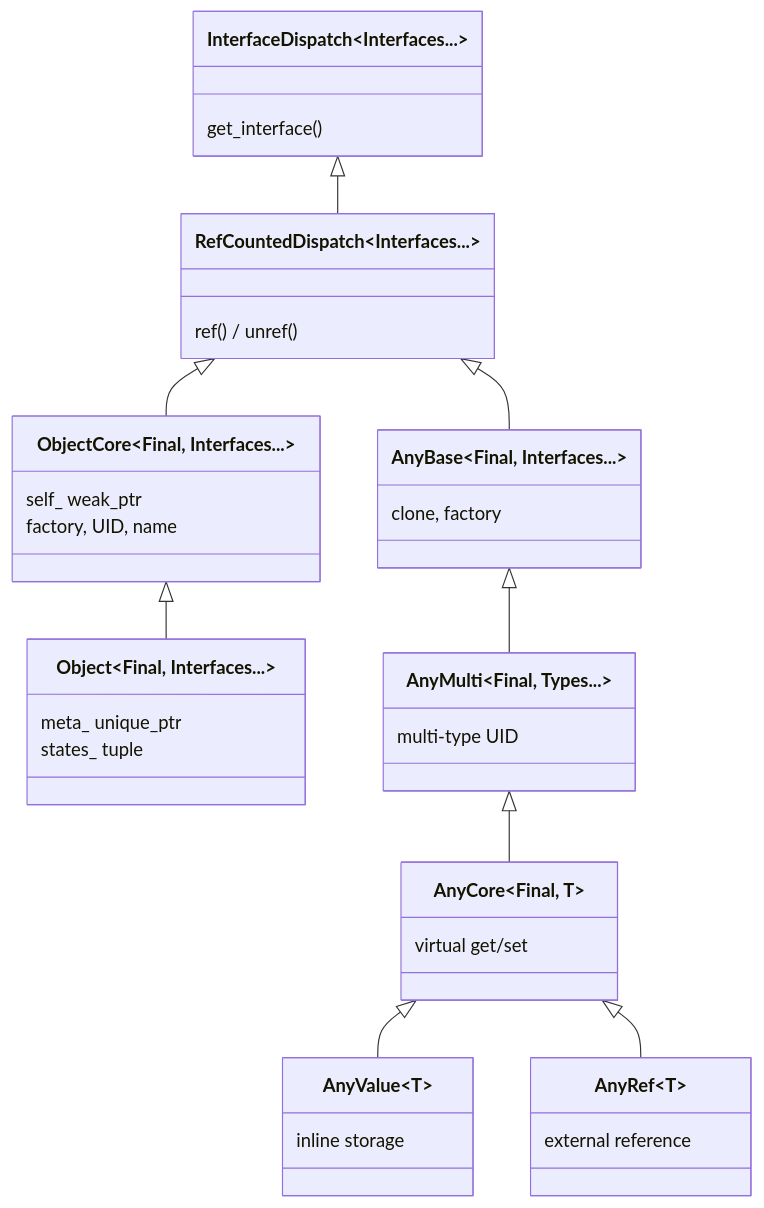
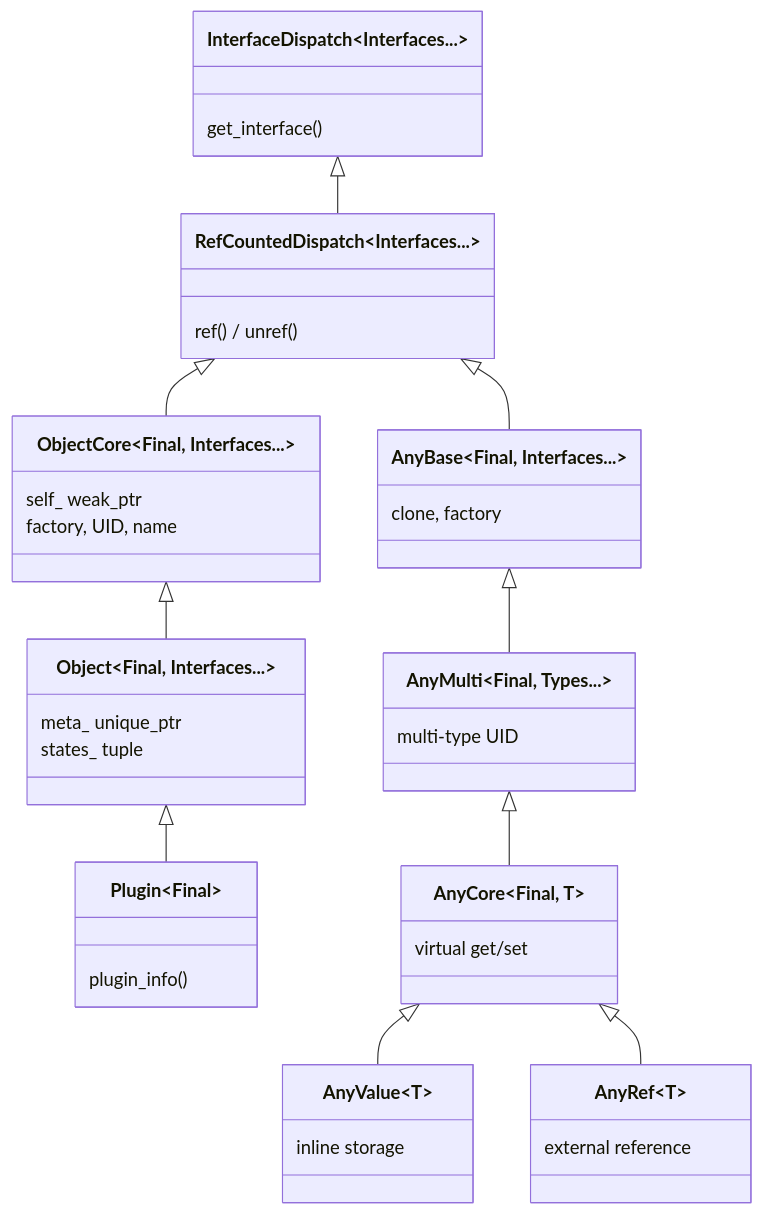
One commit to ljaaskela/strata changed the third of 3 diagrams in docs/architecture.md. Above: the diagram before and after it, drawn with Mermaid. The commit also changed other lines of this file, not shown here.

````diff
--- a/docs/architecture.md
+++ b/docs/architecture.md
@@ -186,47 +201,51 @@
 ```mermaid
 classDiagram
     direction TB
 
     class InterfaceDispatch~Interfaces...~ {
         get_interface()
     }
     class RefCountedDispatch~Interfaces...~ {
         ref() / unref()
     }
 
     class ObjectCore~Final, Interfaces...~ {
         self_ weak_ptr
         factory, UID, name
     }
     class Object~Final, Interfaces...~ {
         meta_ unique_ptr
         states_ tuple
+    }
+    class Plugin~Final~ {
+        plugin_info()
     }
 
     class AnyBase~Final, Interfaces...~ {
         clone, factory
     }
     class AnyMulti~Final, Types...~ {
         multi-type UID
     }
     class AnyCore~Final, T~ {
         virtual get/set
     }
     class AnyValue~T~ {
         inline storage
     }
     class AnyRef~T~ {
         external reference
     }
 
     InterfaceDispatch <|-- RefCountedDispatch
 
     RefCountedDispatch <|-- ObjectCore
     ObjectCore <|-- Object
+    Object <|-- Plugin
 
     RefCountedDispatch <|-- AnyBase
     AnyBase <|-- AnyMulti
     AnyMulti <|-- AnyCore
     AnyCore <|-- AnyValue
     AnyCore <|-- AnyRef
 ```
````
